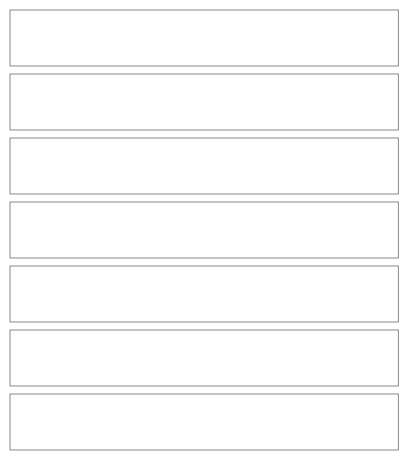
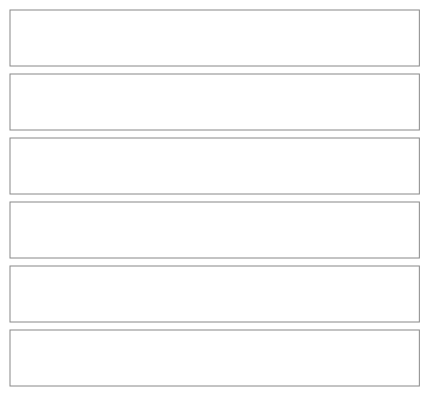
Diagram 16 of 54 in src/apps/pinch/UX.md (NovaMoonX/moondreams-dev-apps), drawn with Mermaid before and after one commit. The commit also changed other lines of this file and 163 other files, not shown here.

````diff
--- a/src/apps/pinch/UX.md
+++ b/src/apps/pinch/UX.md
@@ -557,19 +543,17 @@
 ```mermaid
 %%{init: {'theme': 'base', 'themeVariables': {'primaryColor': 'transparent', 'primaryBorderColor': '#888888', 'primaryTextColor': '#333333', 'lineColor': '#888888'}}}%%
 block-beta
   columns 2
   P1["‹ Crispy smashed potatoes"]:2
-  P2["From your idea: Crispy smashed potatoes"]:2
-  P3["Title · Servings · Prep and cook · Photo"]:2
-  P4["Description  (the idea's note, if it has one)"]:2
+  P3["Title · Servings · Prep and cook"]:2
+  P4["Description  (the idea's note, if it has one) · Photo"]:2
+  P6["INGREDIENTS · + Add ingredient"]:2
   P5["WHERE IT'S FROM<br/>Serious Eats (the site's source, or New source)"]:2
-  P6["INGREDIENTS 0 · + Add ingredient"]:2
   P7["Cancel · Add"]:2
   style P1 fill:transparent,stroke:#888888,stroke-width:1px;
-  style P2 fill:transparent,stroke:#888888,stroke-width:1px;
   style P3 fill:transparent,stroke:#888888,stroke-width:1px;
   style P4 fill:transparent,stroke:#888888,stroke-width:1px;
+  style P6 fill:transparent,stroke:#888888,stroke-width:1px;
   style P5 fill:transparent,stroke:#888888,stroke-width:1px;
-  style P6 fill:transparent,stroke:#888888,stroke-width:1px;
   style P7 fill:transparent,stroke:#888888,stroke-width:1px;
 ```
````
